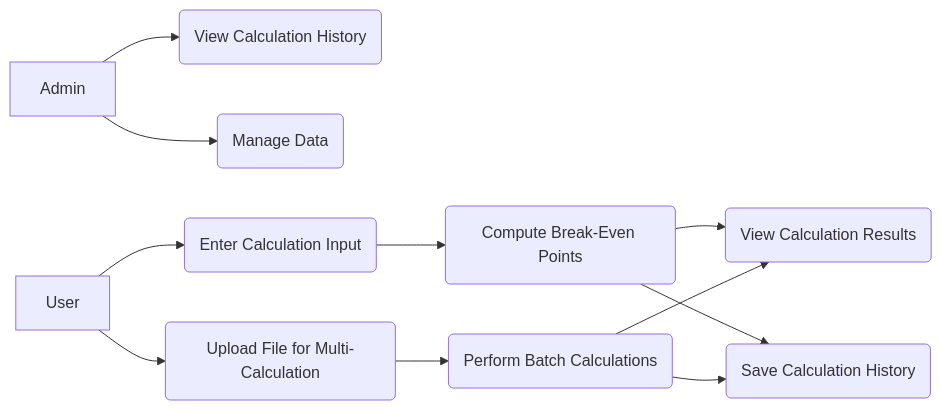
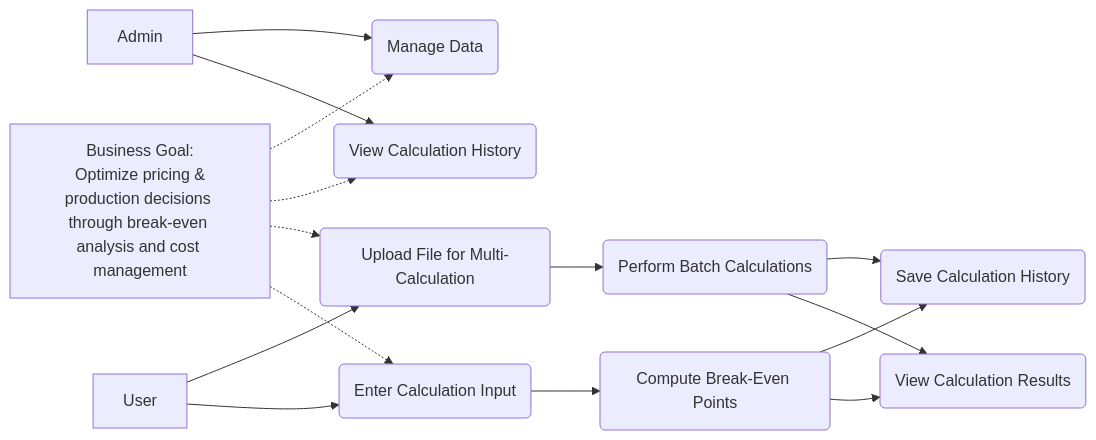
One commit to Ambassador4ik/proj-diagrams changed the diagram in 02-Business-Use-Case/diagram.mermaid. Above: the diagram before and after it, drawn with Mermaid. The commit also changed other lines of this file, not shown here.

Commit message:
fix: add business goal to business-use-case diagram

```diff
--- a/02-Business-Use-Case/diagram.mermaid
+++ b/02-Business-Use-Case/diagram.mermaid
@@ -1,12 +1,18 @@
 graph LR
+    BA[Business Goal:<br> Optimize pricing & production decisions through break-even analysis and cost management]
     Admin[Admin] --> G(View Calculation History)
     Admin --> H(Manage Data)
 
     User[User] --> A(Enter Calculation Input)
     User --> B(Upload File for Multi-Calculation)
     A --> C(Compute Break-Even Points)
     C --> D(View Calculation Results)
     C --> E(Save Calculation History)
     B --> F(Perform Batch Calculations)
     F --> D
     F --> E
+
+    BA -.-> A
+    BA -.-> B
+    BA -.-> G
+    BA -.-> H
```
